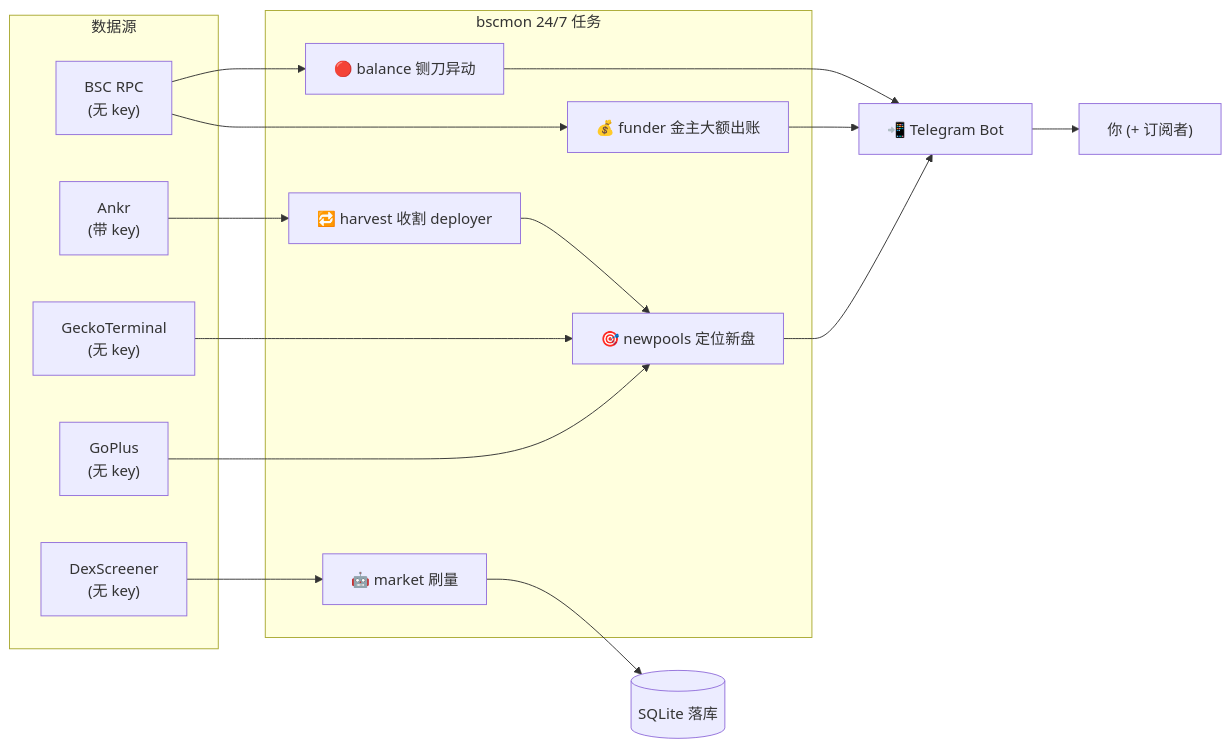
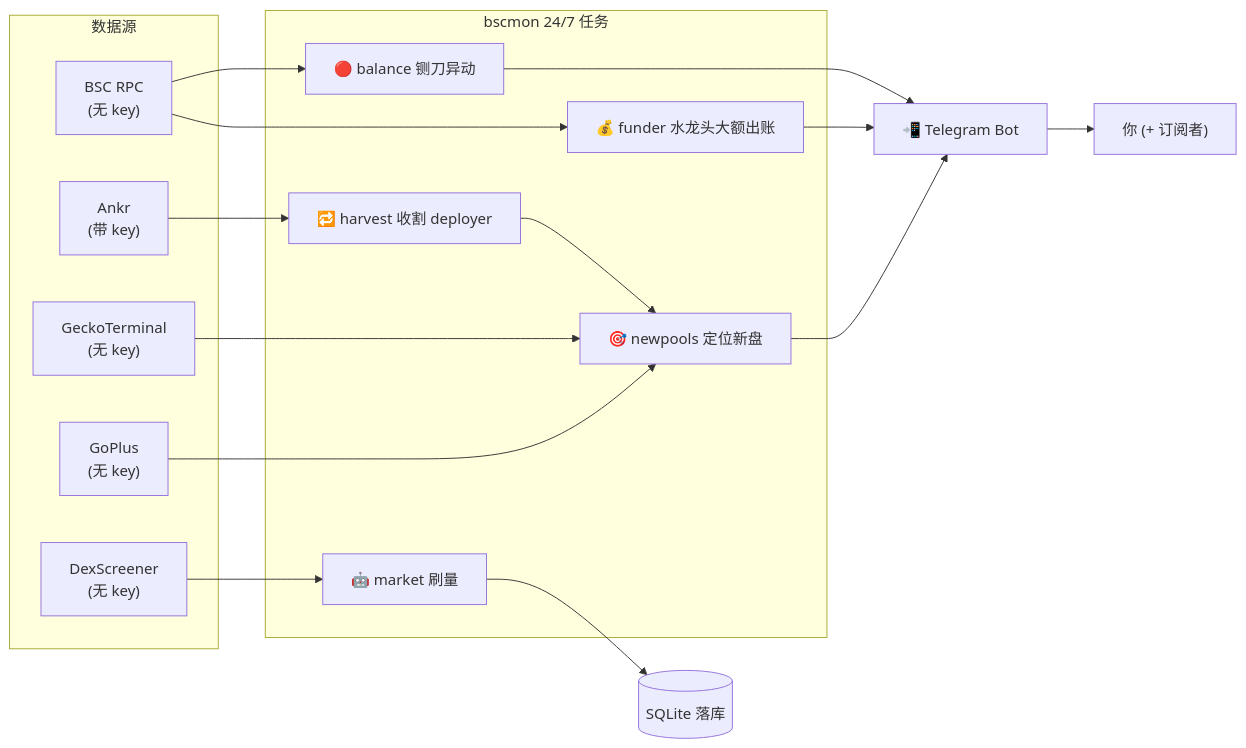
The third of 3 diagrams in docs/监控体系-如何定位发币地址.md (minner-fun/onchain-token-monitor-for-cz), drawn with Mermaid before and after one commit. The commit also changed other lines of this file and 3 other files, not shown here.

````diff
--- a/docs/监控体系-如何定位发币地址.md
+++ b/docs/监控体系-如何定位发币地址.md
@@ -49,29 +51,29 @@
 ```mermaid
 flowchart LR
     subgraph SRC["数据源"]
       RPC["BSC RPC<br/>(无 key)"]
       AK["Ankr<br/>(带 key)"]
       GT["GeckoTerminal<br/>(无 key)"]
       GP["GoPlus<br/>(无 key)"]
       DS["DexScreener<br/>(无 key)"]
     end
     subgraph JOBS["bscmon 24/7 任务"]
       B["🔴 balance 铡刀异动"]
-      F["💰 funder 金主大额出账"]
+      F["💰 funder 水龙头大额出账"]
       H["🔁 harvest 收割 deployer"]
       N["🎯 newpools 定位新盘"]
       M["🤖 market 刷量"]
     end
     RPC --> B
     RPC --> F
     AK --> H
     H --> N
     GT --> N
     GP --> N
     DS --> M
     B --> TG["📲 Telegram Bot"]
     F --> TG
     N --> TG
     M --> DB[("SQLite 落库")]
     TG --> OUT["你 (+ 订阅者)"]
 ```
````
